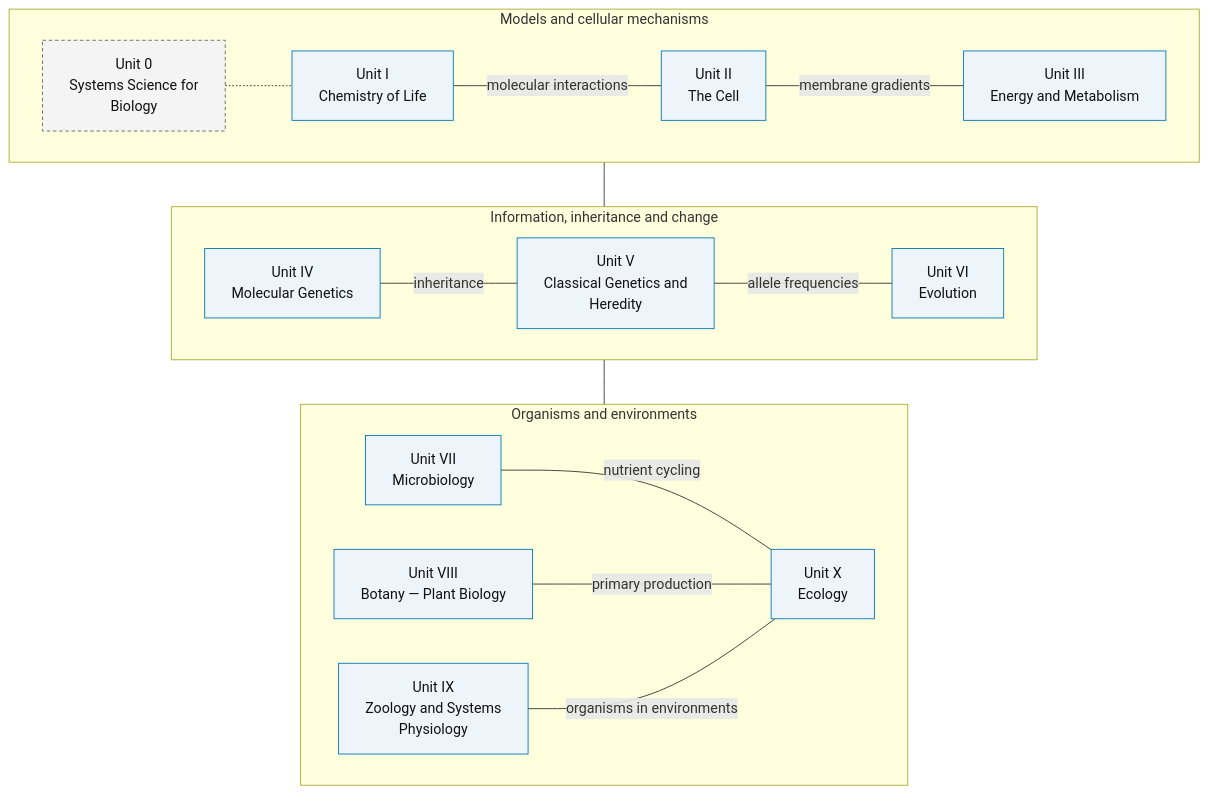
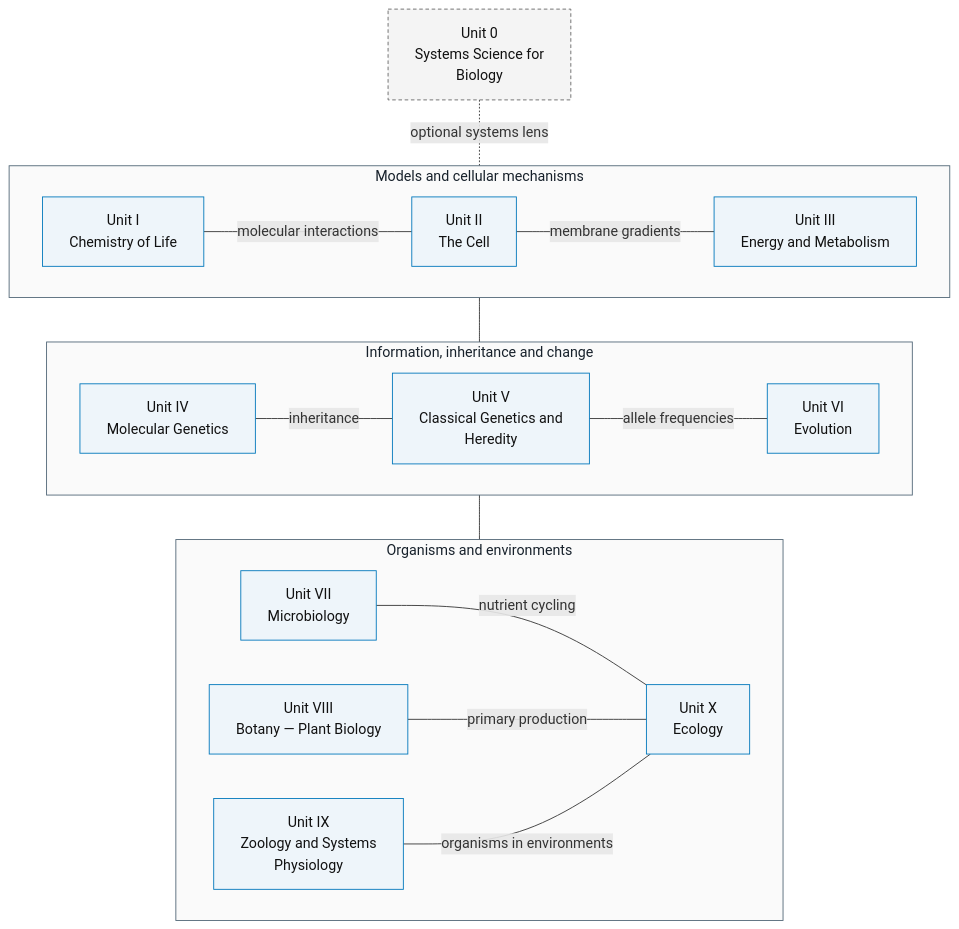
One commit to docxology/biology_textbook changed the diagram in docs/manuscript/front_matter.md. Above: the diagram before and after it, drawn with Mermaid. The commit also changed 18 other files, not shown here.

Commit message:
Close scientific peer findings and prove collision-free graphical overview sources

````diff
--- a/docs/manuscript/front_matter.md
+++ b/docs/manuscript/front_matter.md
@@ -141,50 +141,53 @@
 ```mermaid
 ---
 config:
   layout: dagre
 ---
 graph TD
     subgraph mechanisms["Models and cellular mechanisms"]
         direction LR
-        unit_0["Unit 0<br/>Systems Science for<br/>Biology"]
         unit_I["Unit I<br/>Chemistry of Life"]
         unit_II["Unit II<br/>The Cell"]
         unit_III["Unit III<br/>Energy and Metabolism"]
-        unit_0 -.- unit_I
         unit_I ---|molecular interactions| unit_II
         unit_II ---|membrane gradients| unit_III
     end
+    style mechanisms fill:#fafafa,stroke:#526777,color:#17212b
     subgraph inheritance["Information, inheritance and change"]
         direction LR
         unit_IV["Unit IV<br/>Molecular Genetics"]
         unit_V["Unit V<br/>Classical Genetics and<br/>Heredity"]
         unit_VI["Unit VI<br/>Evolution"]
         unit_IV ---|inheritance| unit_V
         unit_V ---|allele frequencies| unit_VI
     end
+    style inheritance fill:#fafafa,stroke:#526777,color:#17212b
     subgraph environments["Organisms and environments"]
         direction LR
         unit_VII["Unit VII<br/>Microbiology"]
         unit_VIII["Unit VIII<br/>Botany — Plant Biology"]
         unit_IX["Unit IX<br/>Zoology and Systems<br/>Physiology"]
         unit_X["Unit X<br/>Ecology"]
         unit_VII ---|nutrient cycling| unit_X
         unit_VIII ---|primary production| unit_X
         unit_IX ---|organisms in environments| unit_X
     end
+    style environments fill:#fafafa,stroke:#526777,color:#17212b
+    unit_0["Unit 0<br/>Systems Science for<br/>Biology"]
+    unit_0 -.-|"optional systems lens"| mechanisms
     mechanisms --- inheritance
     inheritance --- environments
     classDef topic fill:#eef5fa,stroke:#0077bb,color:#111111
     classDef lens fill:#f4f4f4,stroke:#666666,color:#111111,stroke-dasharray:4 3
     class unit_0 lens
     class unit_I topic
     class unit_II topic
     class unit_III topic
     class unit_IV topic
     class unit_V topic
     class unit_VI topic
     class unit_VII topic
     class unit_VIII topic
     class unit_IX topic
     class unit_X topic
 ```
````
